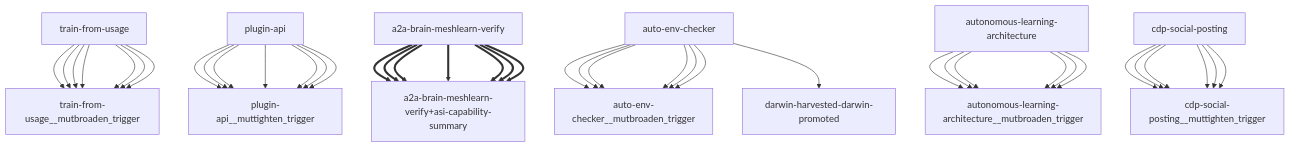
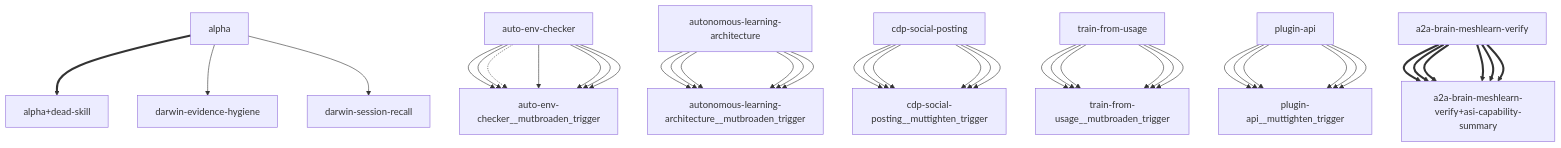
One commit to openamer/openamer changed the diagram in reports/darwin-report.md. Above: the diagram before and after it, drawn with Mermaid. The commit also changed other lines of this file and 16 other files, not shown here.

````diff
--- a/reports/darwin-report.md
+++ b/reports/darwin-report.md
@@ -66,43 +66,43 @@
 ```mermaid
 graph TD
+    alpha["alpha"] ==> alpha+dead-skill["alpha+dead-skill"]
+    alpha["alpha"] --> darwin-evidence-hygiene["darwin-evidence-hygiene"]
+    alpha["alpha"] --> darwin-session-recall["darwin-session-recall"]
+    auto-env-checker["auto-env-checker"] --> auto-env-checker__mutbroaden_trigger["auto-env-checker__mutbroaden_trigger"]
+    autonomous-learning-architecture["autonomous-learning-architecture"] --> autonomous-learning-architecture__mutbroaden_trigger["autonomous-learning-architecture__mutbroaden_trigger"]
+    cdp-social-posting["cdp-social-posting"] --> cdp-social-posting__muttighten_trigger["cdp-social-posting__muttighten_trigger"]
     train-from-usage["train-from-usage"] --> train-from-usage__mutbroaden_trigger["train-from-usage__mutbroaden_trigger"]
     plugin-api["plugin-api"] --> plugin-api__muttighten_trigger["plugin-api__muttighten_trigger"]
     a2a-brain-meshlearn-verify["a2a-brain-meshlearn-verify"] ==> a2a-brain-meshlearn-verify+asi-capability-summary["a2a-brain-meshlearn-verify+asi-capability-summary"]
+    auto-env-checker["auto-env-checker"] --> auto-env-checker__mutbroaden_trigger["auto-env-checker__mutbroaden_trigger"]
+    autonomous-learning-architecture["autonomous-learning-architecture"] --> autonomous-learning-architecture__mutbroaden_trigger["autonomous-learning-architecture__mutbroaden_trigger"]
+    cdp-social-posting["cdp-social-posting"] --> cdp-social-posting__muttighten_trigger["cdp-social-posting__muttighten_trigger"]
+    train-from-usage["train-from-usage"] --> train-from-usage__mutbroaden_trigger["train-from-usage__mutbroaden_trigger"]
+    plugin-api["plugin-api"] --> plugin-api__muttighten_trigger["plugin-api__muttighten_trigger"]
+    a2a-brain-meshlearn-verify["a2a-brain-meshlearn-verify"] ==> a2a-brain-meshlearn-verify+asi-capability-summary["a2a-brain-meshlearn-verify+asi-capability-summary"]
+    auto-env-checker["auto-env-checker"] -.-> auto-env-checker__mutbroaden_trigger["auto-env-checker__mutbroaden_trigger"]
     auto-env-checker["auto-env-checker"] --> auto-env-checker__mutbroaden_trigger["auto-env-checker__mutbroaden_trigger"]
     autonomous-learning-architecture["autonomous-learning-architecture"] --> autonomous-learning-architecture__mutbroaden_trigger["autonomous-learning-architecture__mutbroaden_trigger"]
     cdp-social-posting["cdp-social-posting"] --> cdp-social-posting__muttighten_trigger["cdp-social-posting__muttighten_trigger"]
     train-from-usage["train-from-usage"] --> train-from-usage__mutbroaden_trigger["train-from-usage__mutbroaden_trigger"]
     plugin-api["plugin-api"] --> plugin-api__muttighten_trigger["plugin-api__muttighten_trigger"]
     a2a-brain-meshlearn-verify["a2a-brain-meshlearn-verify"] ==> a2a-brain-meshlearn-verify+asi-capability-summary["a2a-brain-meshlearn-verify+asi-capability-summary"]
     auto-env-checker["auto-env-checker"] --> auto-env-checker__mutbroaden_trigger["auto-env-checker__mutbroaden_trigger"]
     autonomous-learning-architecture["autonomous-learning-architecture"] --> autonomous-learning-architecture__mutbroaden_trigger["autonomous-learning-architecture__mutbroaden_trigger"]
     cdp-social-posting["cdp-social-posting"] --> cdp-social-posting__muttighten_trigger["cdp-social-posting__muttighten_trigger"]
     train-from-usage["train-from-usage"] --> train-from-usage__mutbroaden_trigger["train-from-usage__mutbroaden_trigger"]
     plugin-api["plugin-api"] --> plugin-api__muttighten_trigger["plugin-api__muttighten_trigger"]
     a2a-brain-meshlearn-verify["a2a-brain-meshlearn-verify"] ==> a2a-brain-meshlearn-verify+asi-capability-summary["a2a-brain-meshlearn-verify+asi-capability-summary"]
     auto-env-checker["auto-env-checker"] --> auto-env-checker__mutbroaden_trigger["auto-env-checker__mutbroaden_trigger"]
     autonomous-learning-architecture["autonomous-learning-architecture"] --> autonomous-learning-architecture__mutbroaden_trigger["autonomous-learning-architecture__mutbroaden_trigger"]
     cdp-social-posting["cdp-social-posting"] --> cdp-social-posting__muttighten_trigger["cdp-social-posting__muttighten_trigger"]
     train-from-usage["train-from-usage"] --> train-from-usage__mutbroaden_trigger["train-from-usage__mutbroaden_trigger"]
     plugin-api["plugin-api"] --> plugin-api__muttighten_trigger["plugin-api__muttighten_trigger"]
     a2a-brain-meshlearn-verify["a2a-brain-meshlearn-verify"] ==> a2a-brain-meshlearn-verify+asi-capability-summary["a2a-brain-meshlearn-verify+asi-capability-summary"]
     auto-env-checker["auto-env-checker"] --> auto-env-checker__mutbroaden_trigger["auto-env-checker__mutbroaden_trigger"]
     autonomous-learning-architecture["autonomous-learning-architecture"] --> autonomous-learning-architecture__mutbroaden_trigger["autonomous-learning-architecture__mutbroaden_trigger"]
     cdp-social-posting["cdp-social-posting"] --> cdp-social-posting__muttighten_trigger["cdp-social-posting__muttighten_trigger"]
     train-from-usage["train-from-usage"] --> train-from-usage__mutbroaden_trigger["train-from-usage__mutbroaden_trigger"]
     plugin-api["plugin-api"] --> plugin-api__muttighten_trigger["plugin-api__muttighten_trigger"]
     a2a-brain-meshlearn-verify["a2a-brain-meshlearn-verify"] ==> a2a-brain-meshlearn-verify+asi-capability-summary["a2a-brain-meshlearn-verify+asi-capability-summary"]
-    auto-env-checker["auto-env-checker"] --> auto-env-checker__mutbroaden_trigger["auto-env-checker__mutbroaden_trigger"]
-    autonomous-learning-architecture["autonomous-learning-architecture"] --> autonomous-learning-architecture__mutbroaden_trigger["autonomous-learning-architecture__mutbroaden_trigger"]
-    cdp-social-posting["cdp-social-posting"] --> cdp-social-posting__muttighten_trigger["cdp-social-posting__muttighten_trigger"]
-    train-from-usage["train-from-usage"] --> train-from-usage__mutbroaden_trigger["train-from-usage__mutbroaden_trigger"]
-    plugin-api["plugin-api"] --> plugin-api__muttighten_trigger["plugin-api__muttighten_trigger"]
-    a2a-brain-meshlearn-verify["a2a-brain-meshlearn-verify"] ==> a2a-brain-meshlearn-verify+asi-capability-summary["a2a-brain-meshlearn-verify+asi-capability-summary"]
-    auto-env-checker["auto-env-checker"] --> darwin-harvested-darwin-promoted["darwin-harvested-darwin-promoted"]
-    auto-env-checker["auto-env-checker"] --> auto-env-checker__mutbroaden_trigger["auto-env-checker__mutbroaden_trigger"]
-    autonomous-learning-architecture["autonomous-learning-architecture"] --> autonomous-learning-architecture__mutbroaden_trigger["autonomous-learning-architecture__mutbroaden_trigger"]
-    cdp-social-posting["cdp-social-posting"] --> cdp-social-posting__muttighten_trigger["cdp-social-posting__muttighten_trigger"]
-    train-from-usage["train-from-usage"] --> train-from-usage__mutbroaden_trigger["train-from-usage__mutbroaden_trigger"]
-    plugin-api["plugin-api"] --> plugin-api__muttighten_trigger["plugin-api__muttighten_trigger"]
-    a2a-brain-meshlearn-verify["a2a-brain-meshlearn-verify"] ==> a2a-brain-meshlearn-verify+asi-capability-summary["a2a-brain-meshlearn-verify+asi-capability-summary"]
 ```
````
